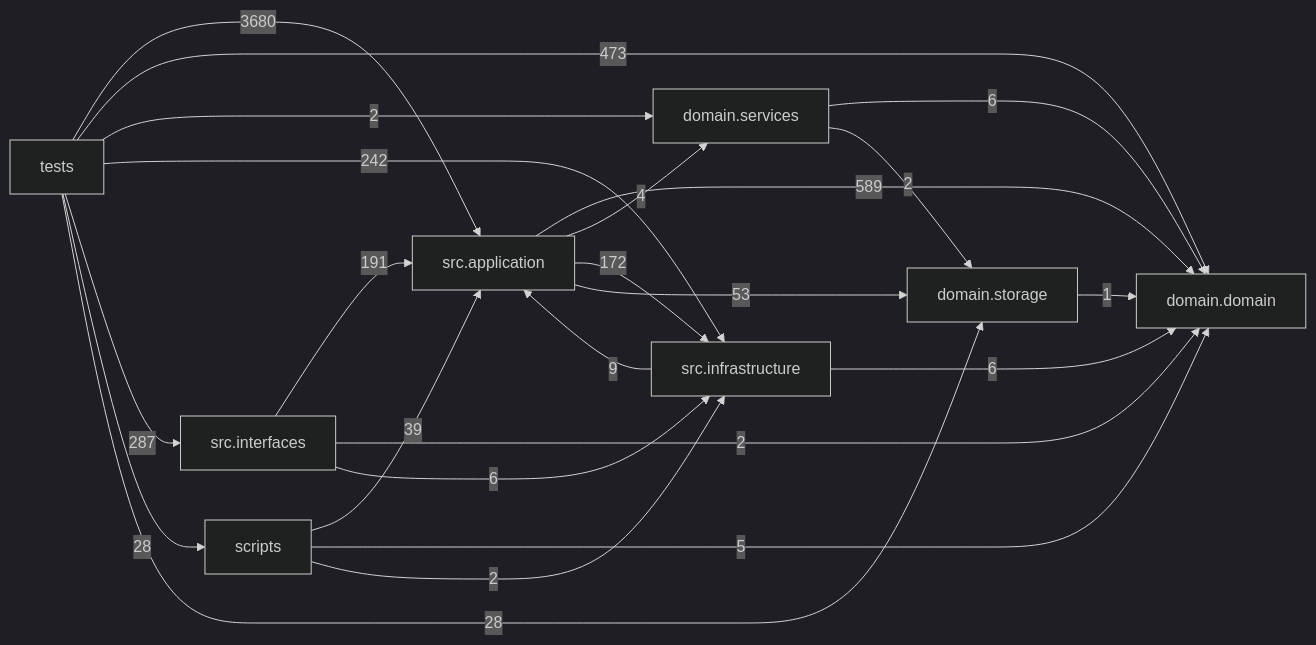
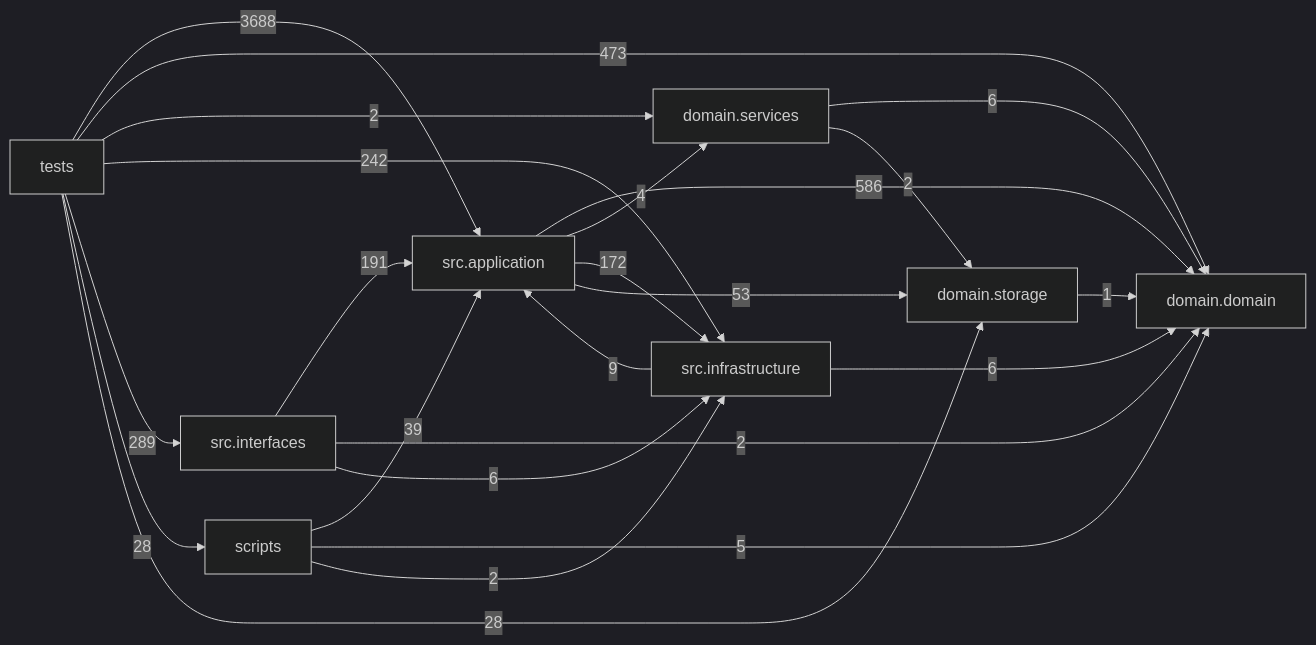
One commit to liuxie066/options-monitor changed the diagram in docs/DEPENDENCY_GRAPH.md. Above: the diagram before and after it, drawn with Mermaid (dark theme). The commit also changed other lines of this file and 1 other file, not shown here.

Commit message:
docs(deps): refresh dependency graph

````diff
--- a/docs/DEPENDENCY_GRAPH.md
+++ b/docs/DEPENDENCY_GRAPH.md
@@ -24,33 +24,33 @@
 ```mermaid
 flowchart LR
   tests["tests"]
   scripts["scripts"]
   interfaces["src.interfaces"]
   application["src.application"]
   infrastructure["src.infrastructure"]
   domain_services["domain.services"]
   domain["domain.domain"]
   storage["domain.storage"]
-  application -->|589| domain
+  application -->|586| domain
   application -->|4| domain_services
   application -->|172| infrastructure
   application -->|53| storage
   domain_services -->|6| domain
   domain_services -->|2| storage
   infrastructure -->|9| application
   infrastructure -->|6| domain
   interfaces -->|191| application
   interfaces -->|2| domain
   interfaces -->|6| infrastructure
   scripts -->|39| application
   scripts -->|5| domain
   scripts -->|2| infrastructure
   storage -->|1| domain
-  tests -->|3680| application
+  tests -->|3688| application
   tests -->|473| domain
   tests -->|2| domain_services
   tests -->|242| infrastructure
-  tests -->|287| interfaces
+  tests -->|289| interfaces
   tests -->|28| scripts
   tests -->|28| storage
 ```
````
